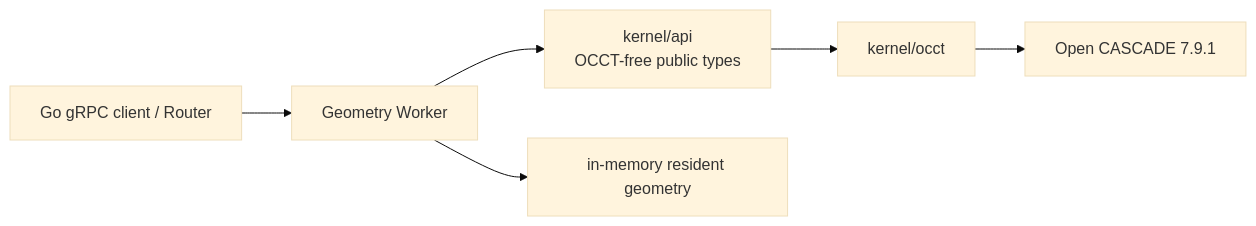
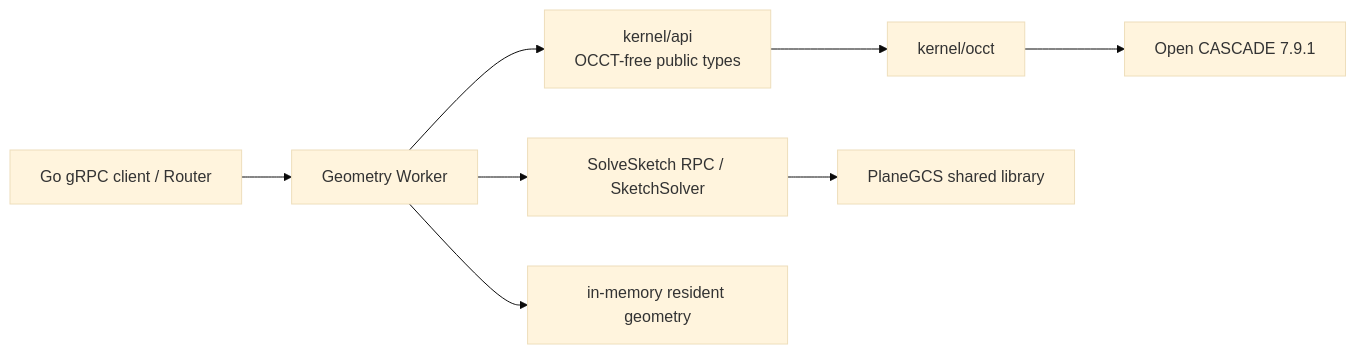
The diagram in workers/geometry/README.md (cossoledad/occccad), drawn with Mermaid (base theme) before and after one commit. The commit also changed other lines of this file and 40 other files, not shown here.

````diff
--- a/workers/geometry/README.md
+++ b/workers/geometry/README.md
@@ -17,8 +19,10 @@
 ```mermaid
 flowchart LR
     Client["Go gRPC client / Router"] --> Worker["Geometry Worker"]
     Worker --> API["kernel/api<br/>OCCT-free public types"]
     API --> Adapter["kernel/occt"]
     Adapter --> OCCT["Open CASCADE 7.9.1"]
+    Worker --> SketchAPI["SolveSketch RPC / SketchSolver"]
+    SketchAPI --> PlaneGCS["PlaneGCS shared library"]
     Worker --> Cache["in-memory resident geometry"]
 ```
````
